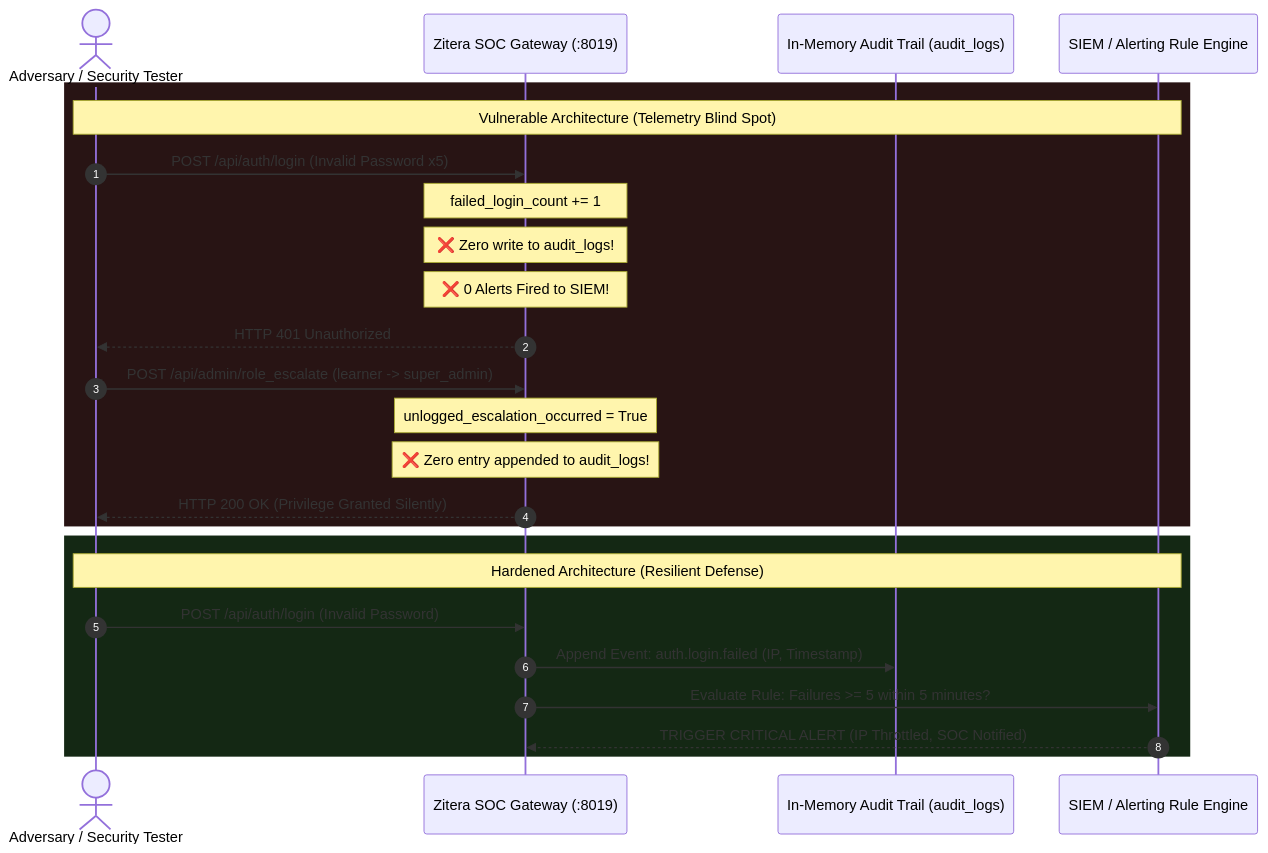
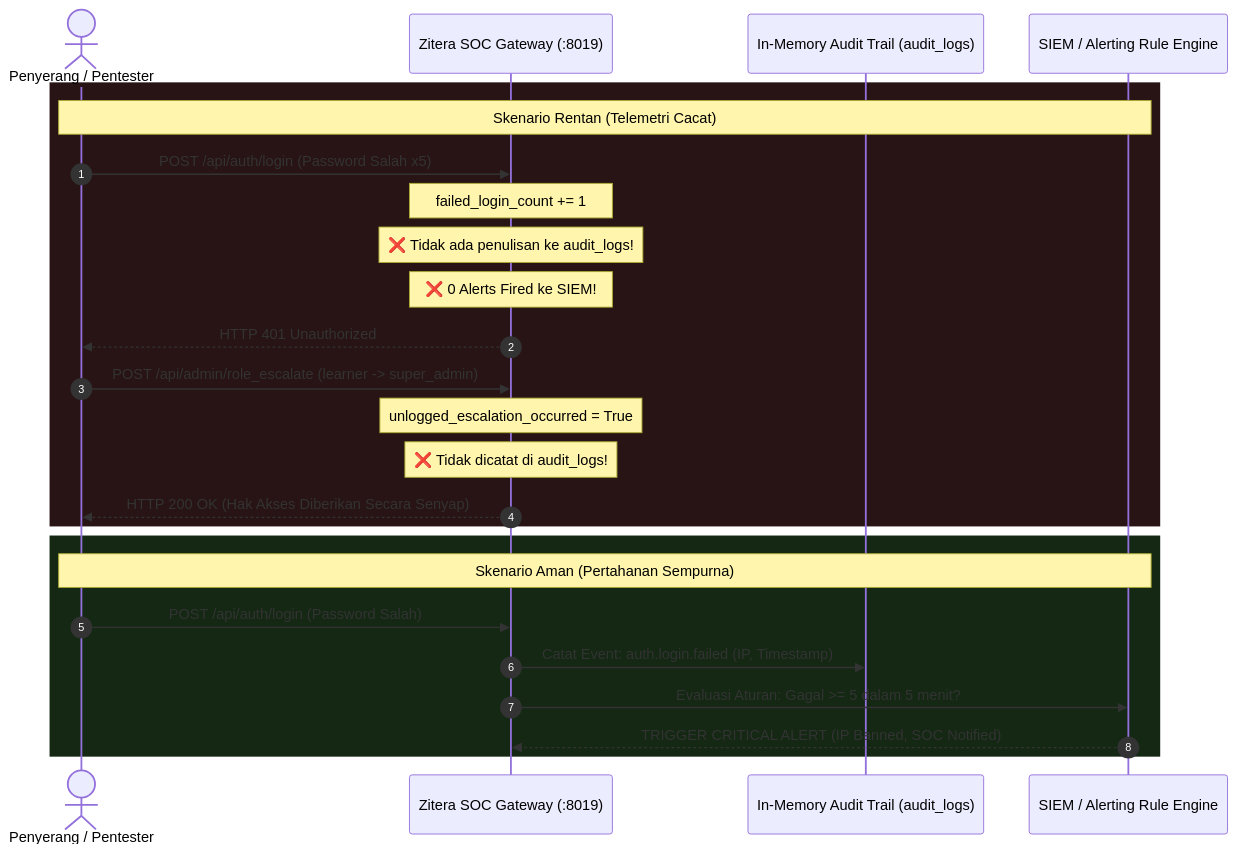
One commit to xdaamar/zitera_lab changed the diagram in labs/A09/lesson/architecture.md. Above: the diagram before and after it, drawn with Mermaid. The commit also changed other lines of this file and 82 other files, not shown here.

````diff
--- a/labs/A09/lesson/architecture.md
+++ b/labs/A09/lesson/architecture.md
@@ -27,30 +27,30 @@
 ```mermaid
 sequenceDiagram
     autonumber
-    actor Attacker as Adversary / Security Tester
+    actor Attacker as Penyerang / Pentester
     participant SOCApp as Zitera SOC Gateway (:8019)
     participant AuditTrail as In-Memory Audit Trail (audit_logs)
     participant SIEMEngine as SIEM / Alerting Rule Engine
 
     rect rgb(40, 20, 20)
-        Note over Attacker,SIEMEngine: Vulnerable Architecture (Telemetry Blind Spot)
-        Attacker->>SOCApp: POST /api/auth/login (Invalid Password x5)
+        Note over Attacker,SIEMEngine: Skenario Rentan (Telemetri Cacat)
+        Attacker->>SOCApp: POST /api/auth/login (Password Salah x5)
         Note over SOCApp: failed_login_count += 1
-        Note over SOCApp: ❌ Zero write to audit_logs!
-        Note over SOCApp: ❌ 0 Alerts Fired to SIEM!
+        Note over SOCApp: ❌ Tidak ada penulisan ke audit_logs!
+        Note over SOCApp: ❌ 0 Alerts Fired ke SIEM!
         SOCApp-->>Attacker: HTTP 401 Unauthorized
 
         Attacker->>SOCApp: POST /api/admin/role_escalate (learner -> super_admin)
         Note over SOCApp: unlogged_escalation_occurred = True
-        Note over SOCApp: ❌ Zero entry appended to audit_logs!
-        SOCApp-->>Attacker: HTTP 200 OK (Privilege Granted Silently)
+        Note over SOCApp: ❌ Tidak dicatat di audit_logs!
+        SOCApp-->>Attacker: HTTP 200 OK (Hak Akses Diberikan Secara Senyap)
     end
 
     rect rgb(20, 40, 20)
-        Note over Attacker,SIEMEngine: Hardened Architecture (Resilient Defense)
-        Attacker->>SOCApp: POST /api/auth/login (Invalid Password)
-        SOCApp->>AuditTrail: Append Event: auth.login.failed (IP, Timestamp)
-        SOCApp->>SIEMEngine: Evaluate Rule: Failures >= 5 within 5 minutes?
-        SIEMEngine-->>SOCApp: TRIGGER CRITICAL ALERT (IP Throttled, SOC Notified)
+        Note over Attacker,SIEMEngine: Skenario Aman (Pertahanan Sempurna)
+        Attacker->>SOCApp: POST /api/auth/login (Password Salah)
+        SOCApp->>AuditTrail: Catat Event: auth.login.failed (IP, Timestamp)
+        SOCApp->>SIEMEngine: Evaluasi Aturan: Gagal >= 5 dalam 5 menit?
+        SIEMEngine-->>SOCApp: TRIGGER CRITICAL ALERT (IP Banned, SOC Notified)
     end
 ```
````
